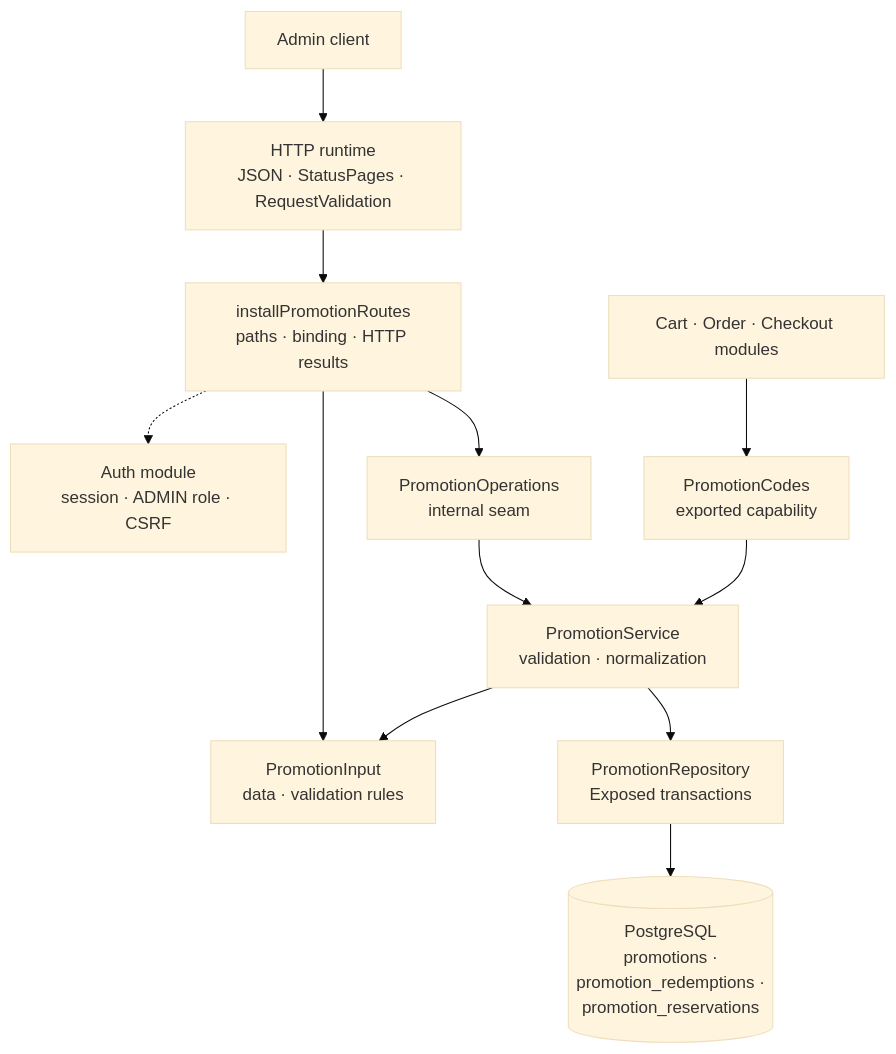
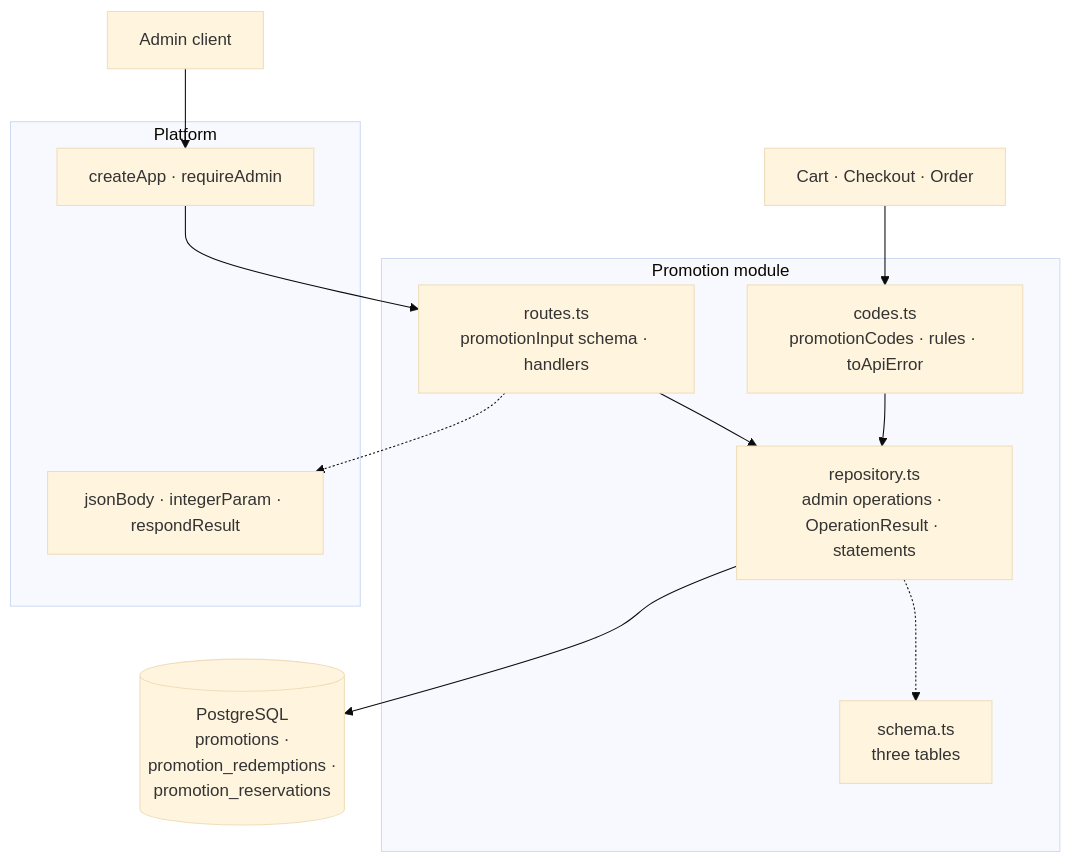
Before and after one commit to bitstorm-tech/voenix-shop-kotlin: the diagram in docs/dev/backend/packages/promotion-package.md, drawn with Mermaid (base theme). The commit also changed other lines of this file and 1061 other files, not shown here.

````diff
--- a/docs/dev/backend/packages/promotion-package.md
+++ b/docs/dev/backend/packages/promotion-package.md
@@ -39,25 +38,26 @@
 ```mermaid
 flowchart TB
     Client["Admin client"]
-    Http["HTTP runtime<br/>JSON · StatusPages · RequestValidation"]
-    Auth["Auth module<br/>session · ADMIN role · CSRF"]
-    Routes["installPromotionRoutes<br/>paths · binding · HTTP results"]
-    Input["PromotionInput<br/>data · validation rules"]
-    Operations["PromotionOperations<br/>internal seam"]
-    Codes["PromotionCodes<br/>exported capability"]
-    Consumer["Cart · Order · Checkout modules"]
-    Service["PromotionService<br/>validation · normalization"]
-    Repository["PromotionRepository<br/>Exposed transactions"]
-    Promotions[("PostgreSQL<br/>promotions ·<br/>promotion_redemptions ·<br/>promotion_reservations")]
+    Consumer["Cart · Checkout · Order"]
 
-    Client --> Http --> Routes
-    Routes -.-> Auth
-    Routes --> Input
-    Routes --> Operations
-    Consumer --> Codes
-    Operations --> Service
-    Codes --> Service
-    Service --> Input
-    Service --> Repository
-    Repository --> Promotions
+    subgraph Platform["Platform"]
+        App["createApp · requireAdmin"]
+        Respond["jsonBody · integerParam · respondResult"]
+    end
+
+    subgraph Promotion["Promotion module"]
+        Routes["routes.ts<br/>promotionInput schema · handlers"]
+        Codes["codes.ts<br/>promotionCodes · rules · toApiError"]
+        Repository["repository.ts<br/>admin operations · OperationResult · statements"]
+        Schema["schema.ts<br/>three tables"]
+    end
+
+    Database[("PostgreSQL<br/>promotions ·<br/>promotion_redemptions ·<br/>promotion_reservations")]
+
+    Client --> App --> Routes
+    Routes -.-> Respond
+    Routes --> Repository
+    Consumer --> Codes --> Repository
+    Repository --> Database
+    Repository -.-> Schema
 ```
````
